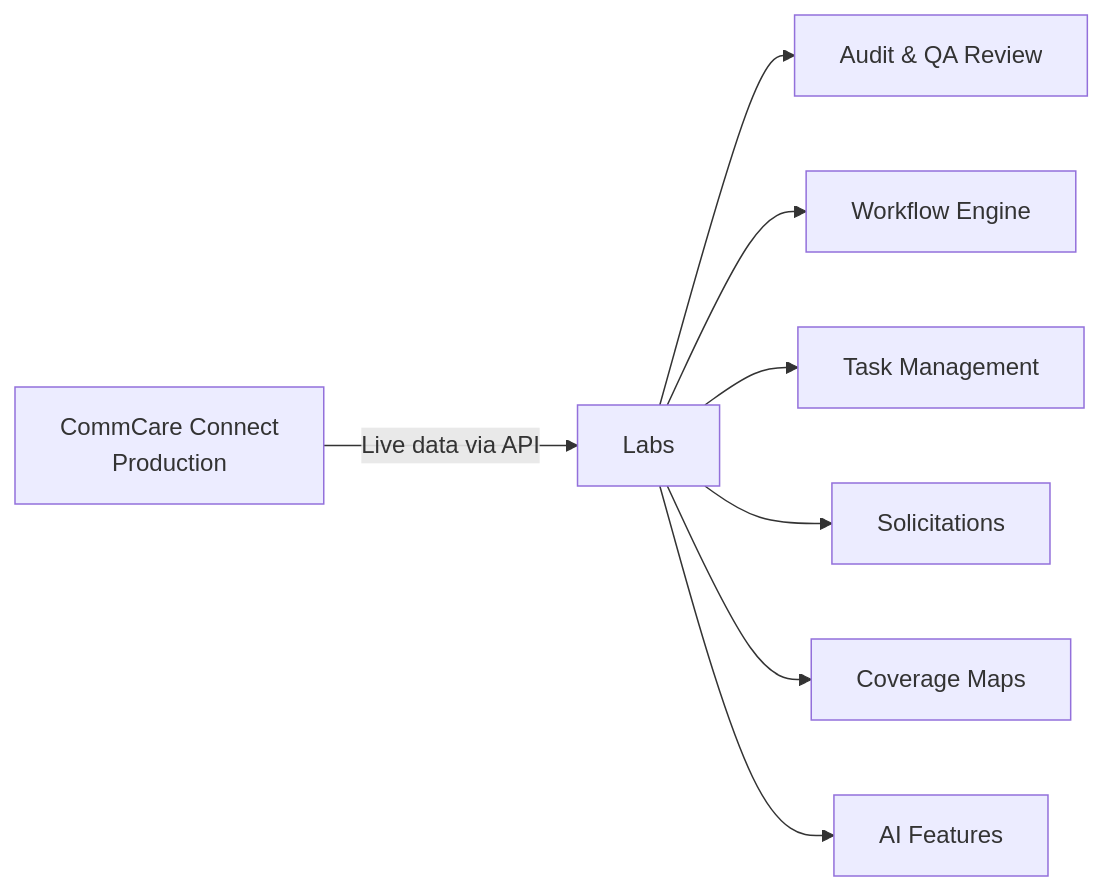
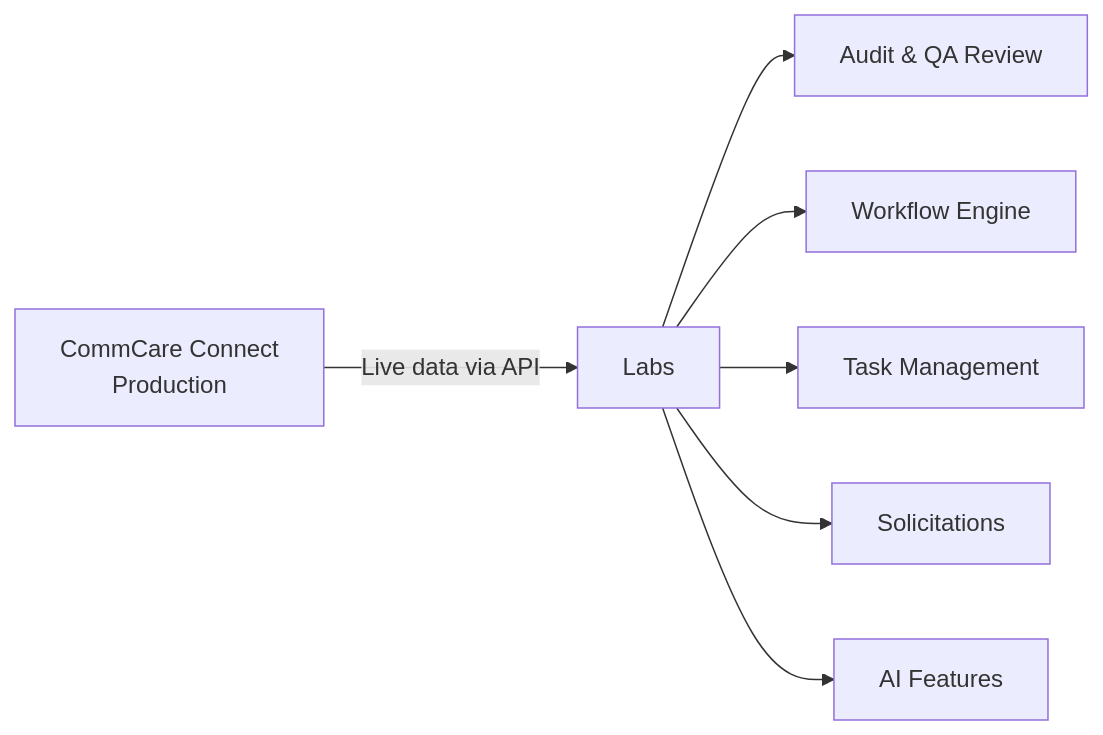
The diagram in user_docs/index.md (dimagi-internal/connect-labs), drawn with Mermaid before and after one commit. The commit also changed other lines of this file and 72 other files, not shown here.

````diff
--- a/user_docs/index.md
+++ b/user_docs/index.md
@@ -20,11 +20,10 @@
 ```mermaid
 graph LR
     CC[CommCare Connect\nProduction] -->|Live data via API| Labs
 
     Labs --> A[Audit & QA Review]
     Labs --> W[Workflow Engine]
     Labs --> T[Task Management]
     Labs --> S[Solicitations]
-    Labs --> M[Coverage Maps]
     Labs --> AI[AI Features]
 ```
````
